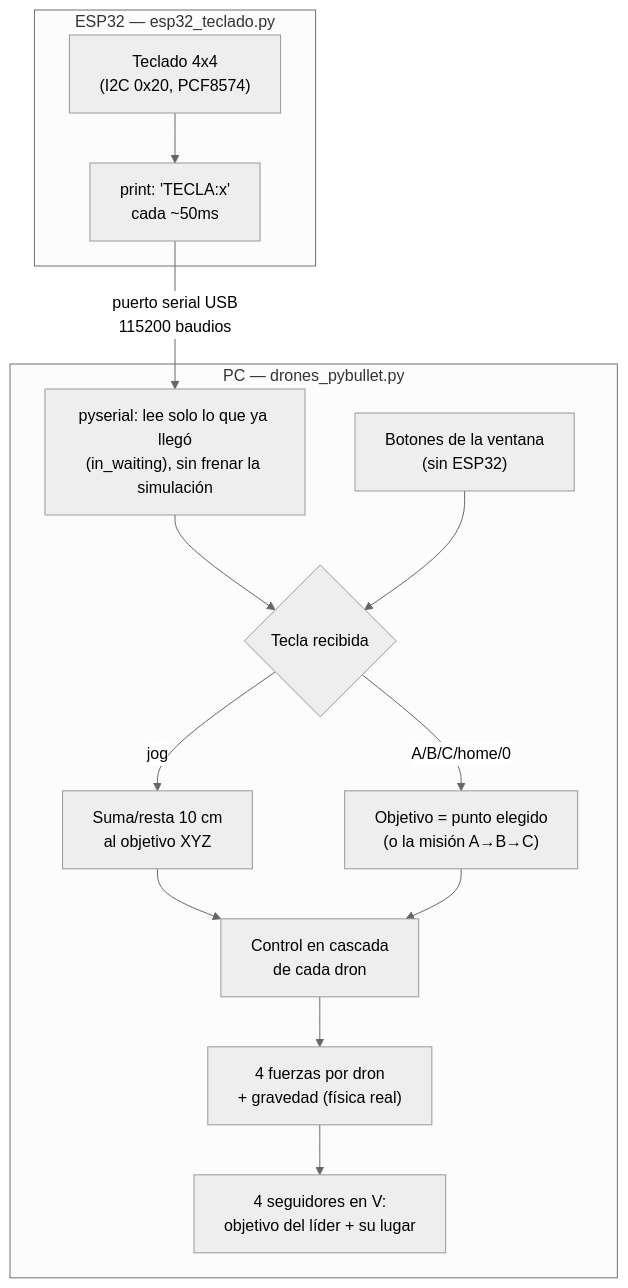
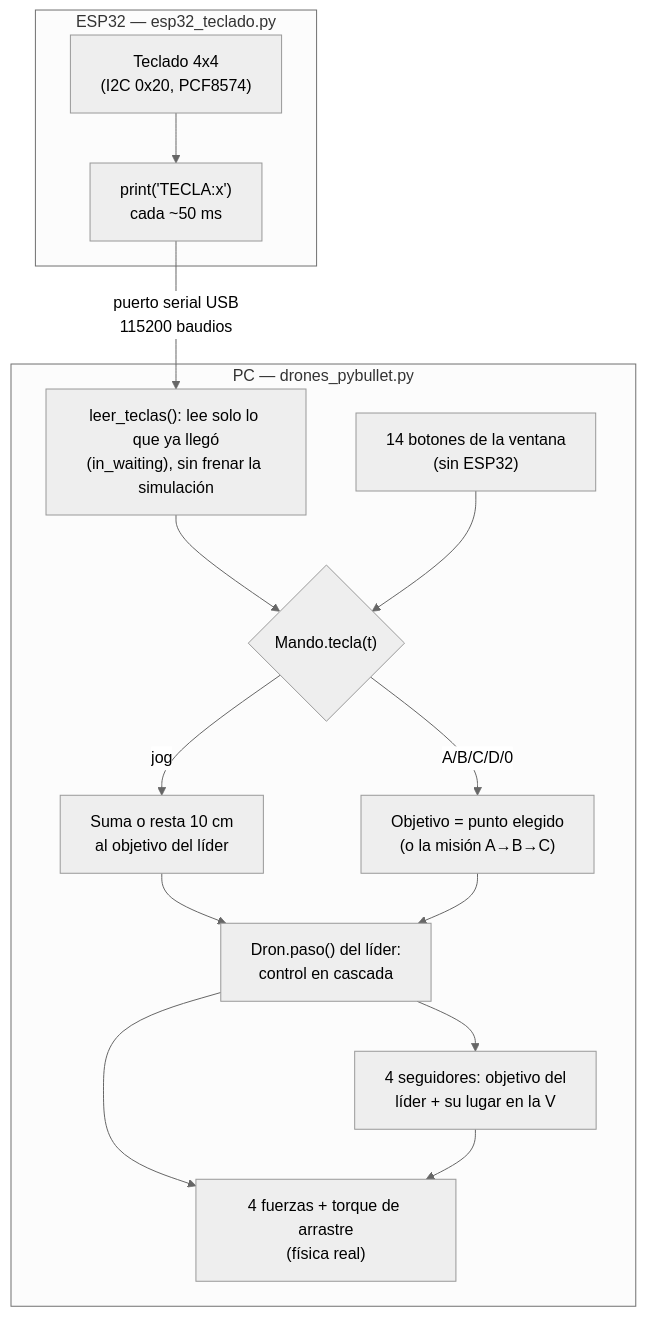
The second of 3 diagrams in 9-taller-segundo-corte/punto-a-drones-waypoints/README.md (Dathinel/Sensores-Teoria), drawn with Mermaid (neutral theme) before and after one commit. The commit also changed other lines of this file and 154 other files, not shown here.

````diff
--- a/9-taller-segundo-corte/punto-a-drones-waypoints/README.md
+++ b/9-taller-segundo-corte/punto-a-drones-waypoints/README.md
@@ -52,19 +113,20 @@
 ```mermaid
 flowchart TD
     subgraph ESP["ESP32 — esp32_teclado.py"]
-        Teclado["Teclado 4x4<br/>(I2C 0x20, PCF8574)"] --> Envia["print: 'TECLA:x'<br/>cada ~50ms"]
+        Teclado["Teclado 4x4<br/>(I2C 0x20, PCF8574)"] --> Envia["print('TECLA:x')<br/>cada ~50 ms"]
     end
 
     Envia -->|"puerto serial USB<br/>115200 baudios"| Recibe
 
     subgraph PC["PC — drones_pybullet.py"]
-        Recibe["pyserial: lee solo lo que ya llegó<br/>(in_waiting), sin frenar la simulación"] --> Interpreta{"Tecla recibida"}
-        Botones["Botones de la ventana<br/>(sin ESP32)"] --> Interpreta
-        Interpreta -->|"jog"| Objetivo["Suma/resta 10 cm<br/>al objetivo XYZ"]
-        Interpreta -->|"A/B/C/home/0"| ObjetivoDirecto["Objetivo = punto elegido<br/>(o la misión A→B→C)"]
-        Objetivo --> Control["Control en cascada<br/>de cada dron"]
+        Recibe["leer_teclas(): lee solo lo que ya llegó<br/>(in_waiting), sin frenar la simulación"] --> Interpreta{"Mando.tecla(t)"}
+        Botones["14 botones de la ventana<br/>(sin ESP32)"] --> Interpreta
+        Interpreta -->|"jog"| Objetivo["Suma o resta 10 cm<br/>al objetivo del líder"]
+        Interpreta -->|"A/B/C/D/0"| ObjetivoDirecto["Objetivo = punto elegido<br/>(o la misión A→B→C)"]
+        Objetivo --> Control["Dron.paso() del líder:<br/>control en cascada"]
         ObjetivoDirecto --> Control
-        Control --> Motores["4 fuerzas por dron<br/>+ gravedad (física real)"]
-        Motores --> Seguidores["4 seguidores en V:<br/>objetivo del líder + su lugar"]
+        Control --> Motores["4 fuerzas + torque de arrastre<br/>(física real)"]
+        Control --> Seguidores["4 seguidores: objetivo del<br/>líder + su lugar en la V"]
+        Seguidores --> Motores
     end
 ```
````
